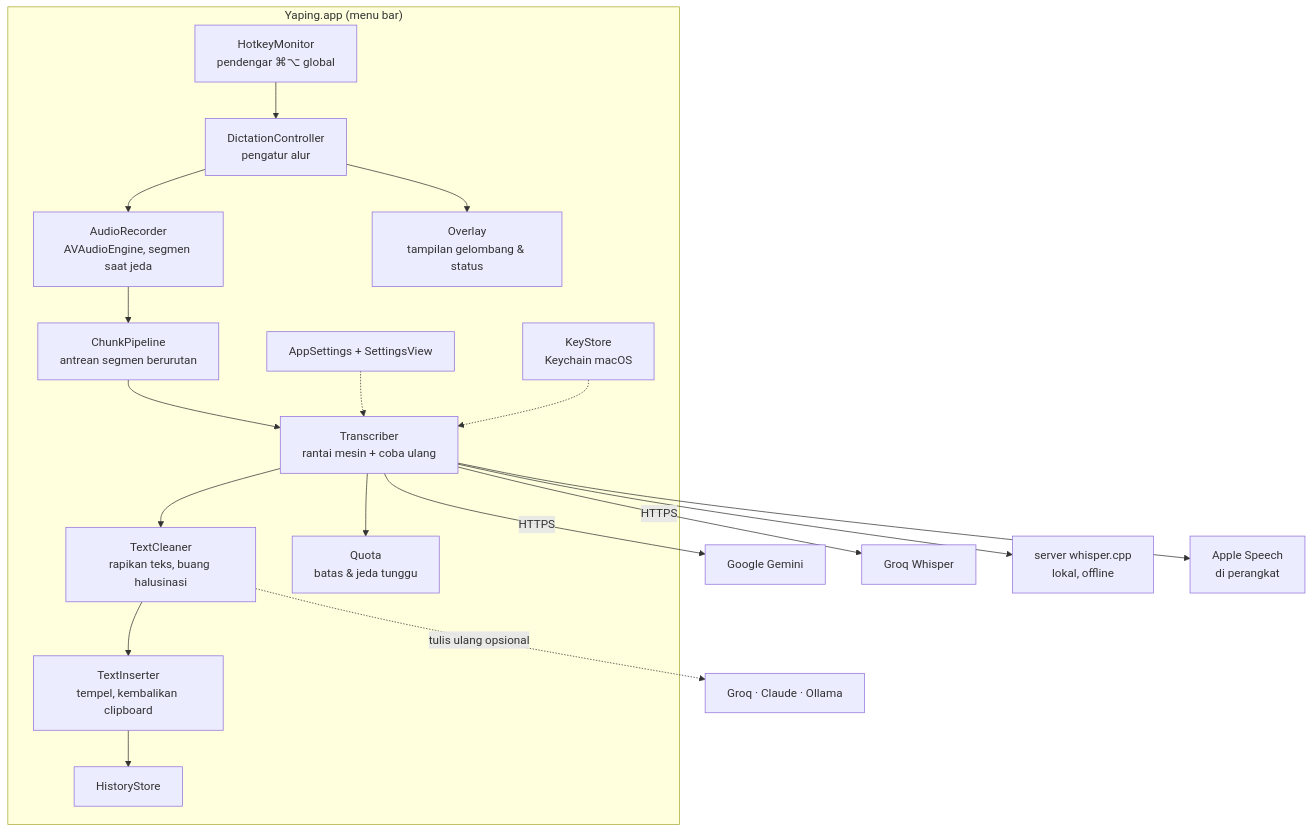
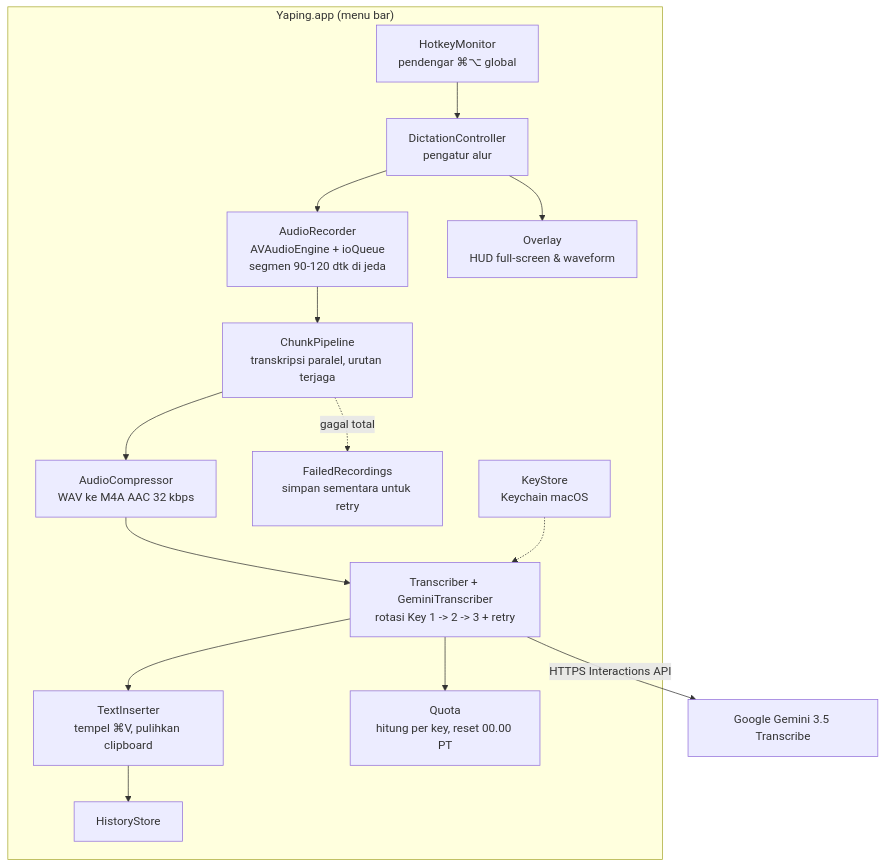
Before and after one commit to mnaufalzaki/Project-Portfolio: the diagram in Yaping/README.id.md, drawn with Mermaid. The commit also changed other lines of this file and 20 other files, not shown here.

Commit message:
feat(yaping): v1.1.0 Gemini 3.5 Transcribe focus, 3-key failover, full-screen HUD, M4A compression & pipeline optimizations

````diff
--- a/Yaping/README.id.md
+++ b/Yaping/README.id.md
@@ -118,21 +76,17 @@
 ```mermaid
 flowchart TB
     subgraph App["Yaping.app (menu bar)"]
         HK[HotkeyMonitor<br/>pendengar ⌘⌥ global] --> DC[DictationController<br/>pengatur alur]
-        DC --> REC[AudioRecorder<br/>AVAudioEngine, segmen saat jeda]
-        REC --> CP[ChunkPipeline<br/>antrean segmen berurutan]
-        CP --> TR[Transcriber<br/>rantai mesin + coba ulang]
-        TR --> TC[TextCleaner<br/>rapikan teks, buang halusinasi]
-        TC --> TI[TextInserter<br/>tempel, kembalikan clipboard]
-        DC --> OV[Overlay<br/>tampilan gelombang & status]
-        TR --> QU[Quota<br/>batas & jeda tunggu]
-        ST[AppSettings + SettingsView] -.-> TR
+        DC --> REC[AudioRecorder<br/>AVAudioEngine + ioQueue<br/>segmen 90-120 dtk di jeda]
+        REC --> CP[ChunkPipeline<br/>transkripsi paralel, urutan terjaga]
+        CP --> AC[AudioCompressor<br/>WAV ke M4A AAC 32 kbps]
+        AC --> TR[Transcriber + GeminiTranscriber<br/>rotasi Key 1 -> 2 -> 3 + retry]
+        TR --> TI[TextInserter<br/>tempel ⌘V, pulihkan clipboard]
+        DC --> OV[Overlay<br/>HUD full-screen & waveform]
+        TR --> QU[Quota<br/>hitung per key, reset 00.00 PT]
+        CP -.->|gagal total| FR[FailedRecordings<br/>simpan sementara untuk retry]
         KS[KeyStore<br/>Keychain macOS] -.-> TR
         TI --> HI[HistoryStore]
     end
-    TR -->|HTTPS| GEM[Google Gemini]
-    TR -->|HTTPS| GRQ[Groq Whisper]
-    TR --> LW[server whisper.cpp<br/>lokal, offline]
-    TR --> AS[Apple Speech<br/>di perangkat]
-    TC -.->|tulis ulang opsional| LLM[Groq · Claude · Ollama]
+    TR -->|HTTPS Interactions API| GEM[Google Gemini 3.5 Transcribe]
 ```
````
